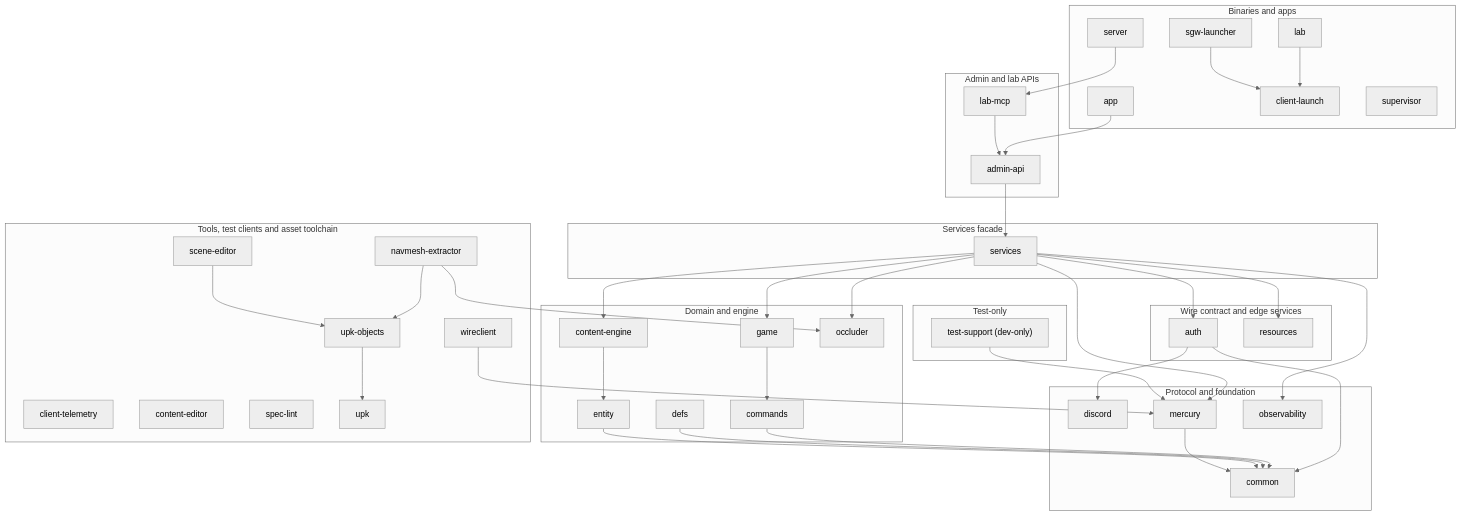
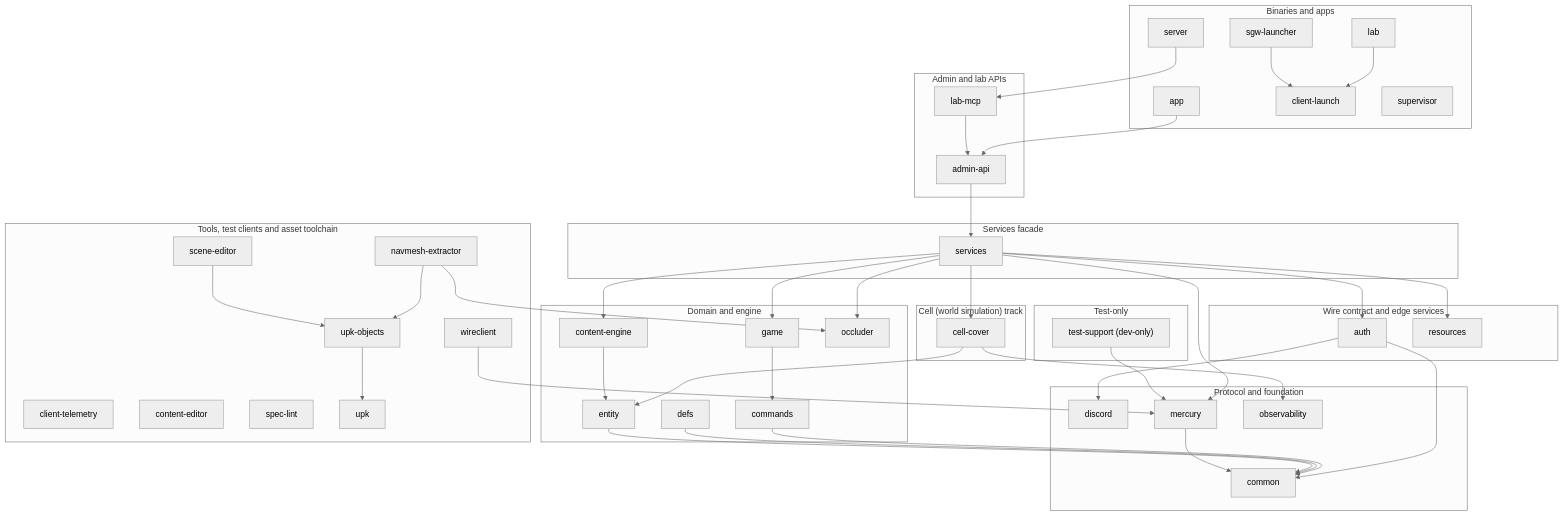
One commit to SandboxServers/Cimmeria changed the diagram in README.md. Above: the diagram before and after it, drawn with Mermaid. The commit also changed other lines of this file and 34 other files, not shown here.

First line of the commit message:
refactor(split): extract cimmeria-cell-cover

````diff
--- a/README.md
+++ b/README.md
@@ -98,77 +98,82 @@
 ```mermaid
 %%{init: {"flowchart": {"htmlLabels": false}, "theme": "neutral"}}%%
 flowchart TD
     subgraph apps["Binaries and apps"]
         app["app"]
         clientLaunch["client-launch"]
         lab["lab"]
         server["server"]
         supervisor["supervisor"]
         sgwLauncher["sgw-launcher"]
     end
     subgraph api["Admin and lab APIs"]
         adminApi["admin-api"]
         labMcp["lab-mcp"]
     end
     subgraph facade["Services facade"]
         services["services"]
+    end
+    subgraph cell["Cell (world simulation) track"]
+        cellCover["cell-cover"]
     end
     subgraph wire["Wire contract and edge services"]
         auth["auth"]
         resources["resources"]
     end
     subgraph domain["Domain and engine"]
         commands["commands"]
         contentEngine["content-engine"]
         defs["defs"]
         entity["entity"]
         game["game"]
         occluder["occluder"]
     end
     subgraph foundation["Protocol and foundation"]
         common["common"]
         discord["discord"]
         mercury["mercury"]
         observability["observability"]
     end
     subgraph tools["Tools, test clients and asset toolchain"]
         clientTelemetry["client-telemetry"]
         contentEditor["content-editor"]
         navmeshExtractor["navmesh-extractor"]
         sceneEditor["scene-editor"]
         specLint["spec-lint"]
         upk["upk"]
         upkObjects["upk-objects"]
         wireclient["wireclient"]
     end
     subgraph test["Test-only"]
         testSupport["test-support (dev-only)"]
     end
     adminApi --> services
     app --> adminApi
     auth --> common
     auth --> discord
+    cellCover --> entity
+    cellCover --> observability
     commands --> common
     contentEngine --> entity
     defs --> common
     entity --> common
     game --> commands
     lab --> clientLaunch
     labMcp --> adminApi
     mercury --> common
     navmeshExtractor --> occluder
     navmeshExtractor --> upkObjects
     sceneEditor --> upkObjects
     server --> labMcp
     services --> auth
+    services --> cellCover
     services --> contentEngine
     services --> game
     services --> mercury
-    services --> observability
     services --> occluder
     services --> resources
     testSupport --> mercury
     upkObjects --> upk
     wireclient --> mercury
     sgwLauncher --> clientLaunch
 ```
````
